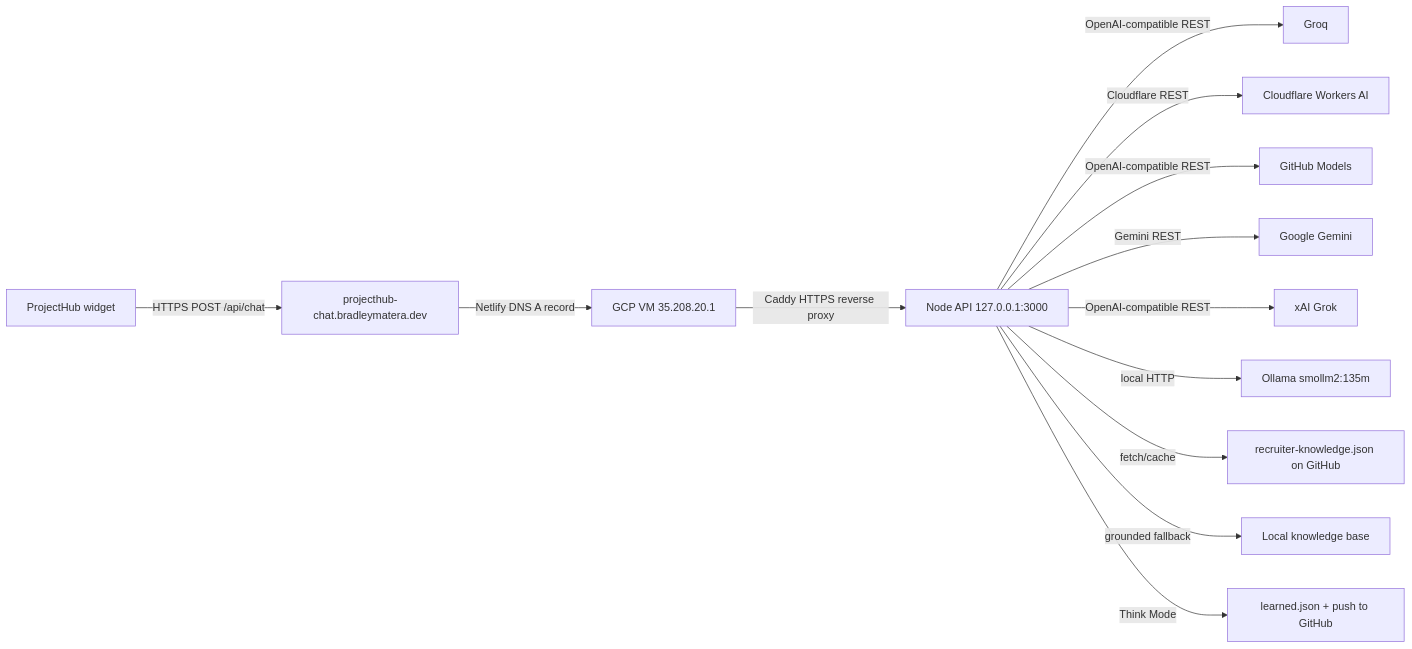
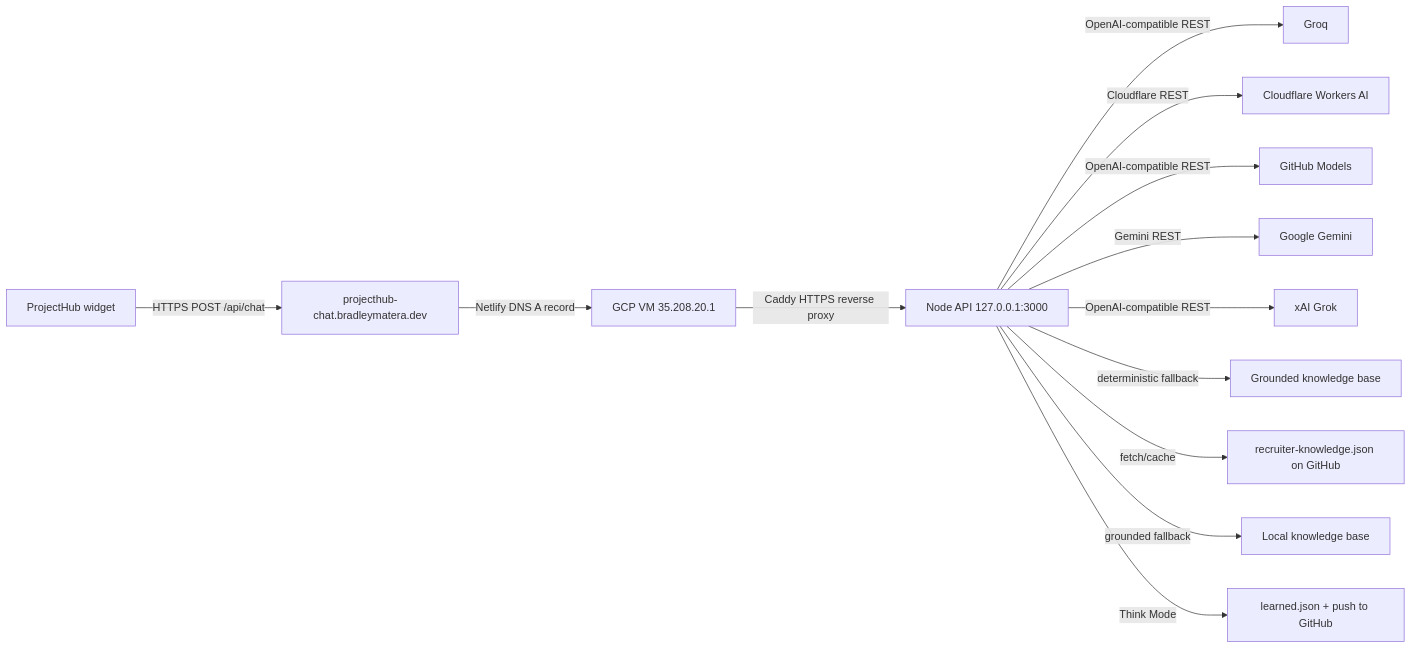
One commit to BradleyMatera/ProjectHub changed the diagram in docs/backend-guide.md. Above: the diagram before and after it, drawn with Mermaid. The commit also changed other lines of this file and 4 other files, not shown here.

````diff
--- a/docs/backend-guide.md
+++ b/docs/backend-guide.md
@@ -30,15 +30,15 @@
 ```mermaid
 flowchart LR
   A[ProjectHub widget] -- HTTPS POST /api/chat --> B[projecthub-chat.bradleymatera.dev]
   B -- Netlify DNS A record --> C[GCP VM 35.208.20.1]
   C -- Caddy HTTPS reverse proxy --> D[Node API 127.0.0.1:3000]
   D -- OpenAI-compatible REST --> E1[Groq]
   D -- Cloudflare REST --> E2[Cloudflare Workers AI]
   D -- OpenAI-compatible REST --> E3[GitHub Models]
   D -- Gemini REST --> E4[Google Gemini]
   D -- OpenAI-compatible REST --> E5[xAI Grok]
-  D -- local HTTP --> E6[Ollama smollm2:135m]
+  D -- deterministic fallback --> E6[Grounded knowledge base]
   D -- fetch/cache --> F[recruiter-knowledge.json on GitHub]
   D -- grounded fallback --> G[Local knowledge base]
   D -- Think Mode --> H[learned.json + push to GitHub]
 ```
````
